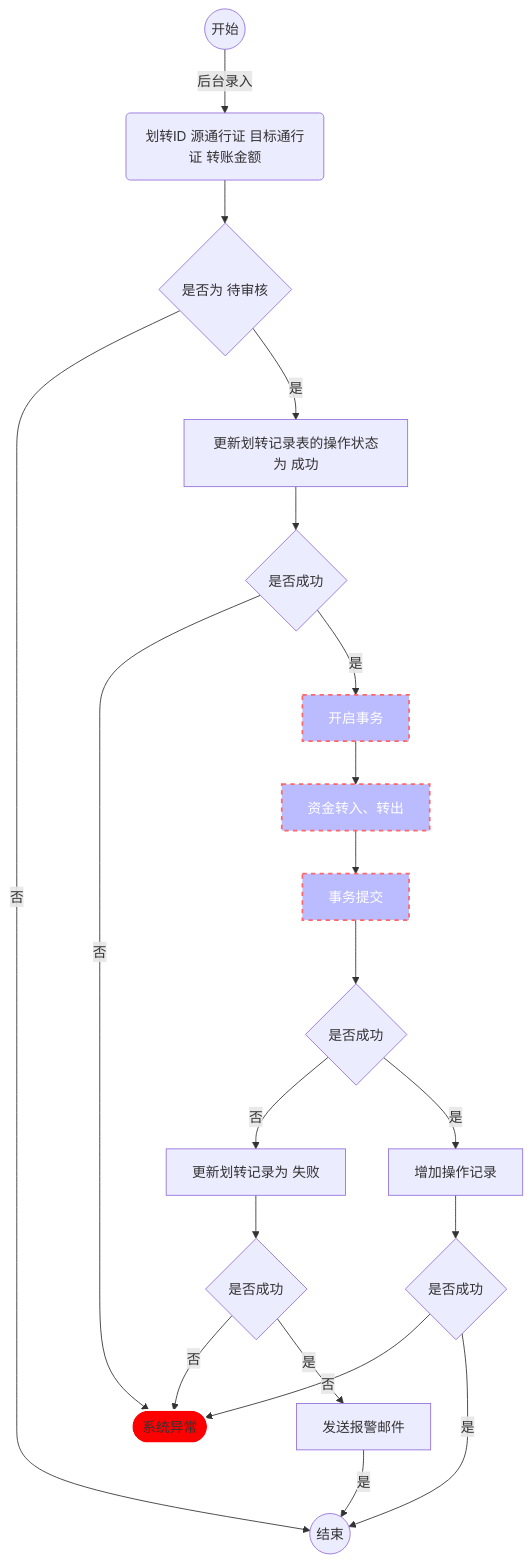
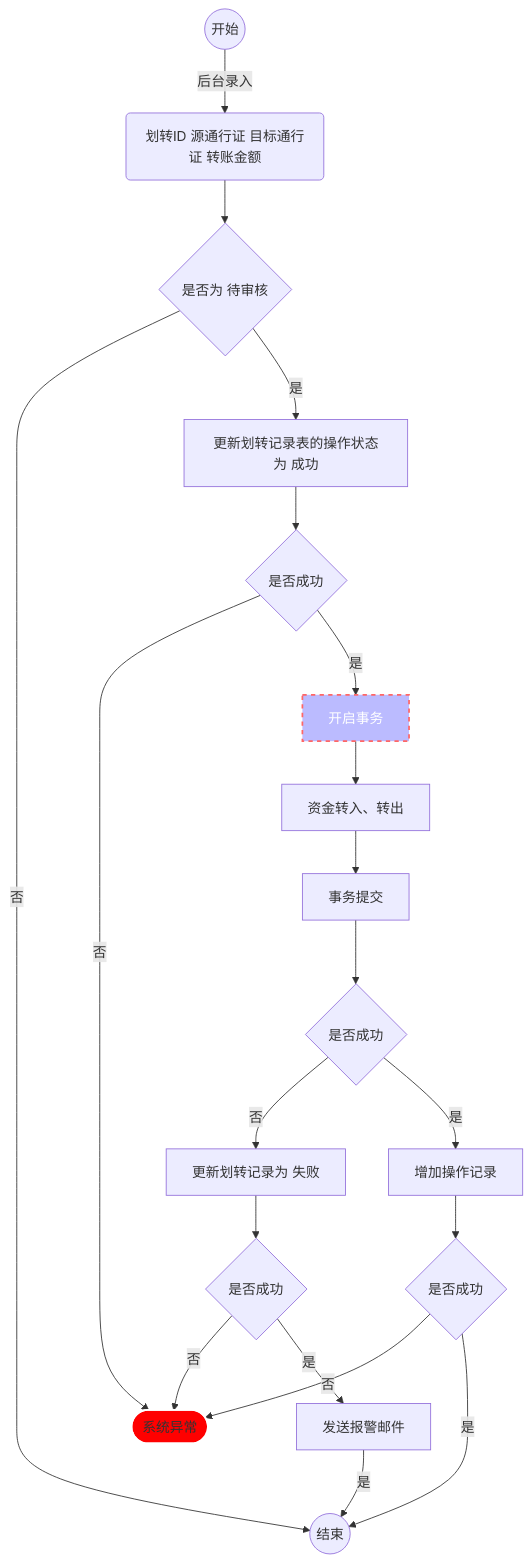
The diagram in README.md (ma-luyang/shimobang), drawn with Mermaid before and after one commit.

````diff
--- a/README.md
+++ b/README.md
@@ -3,32 +3,30 @@
 ```mermaid
 flowchart TB
     A((开始)) -->|后台录入| B(划转ID 源通行证 目标通行证 转账金额)
     
     B --> C{是否为 待审核};
     C -->|否|Z((结束));
     C -->|是|D[更新划转记录表的操作状态为 成功];
     
     D --> E{是否成功};
     E -->|否|X([系统异常]);
     E -->|是|F[开启事务];
     F --> G[资金转入、转出];
     G --> H[事务提交];
     
     H --> I{是否成功};
     I -->|否|J[更新划转记录为 失败];
     I -->|是|K[增加操作记录];
     
     K --> L{是否成功};
     L -->|否|X([系统异常]);
     L -->|是|Z((结束));
     
     J --> M{是否成功};
     M -->|否|X([系统异常]);
     M -->|是|N[发送报警邮件];
     N -->|是|Z((结束));
     
     style X fill:#FF0000,stroke:#FFFFFF,stroke-width:2px
     style F fill:#bbf,stroke:#f66,stroke-width:2px,color:#fff,stroke-dasharray: 5 5
-    style G fill:#bbf,stroke:#f66,stroke-width:2px,color:#fff,stroke-dasharray: 5 5
-    style H fill:#bbf,stroke:#f66,stroke-width:2px,color:#fff,stroke-dasharray: 5 5
 ```
````
